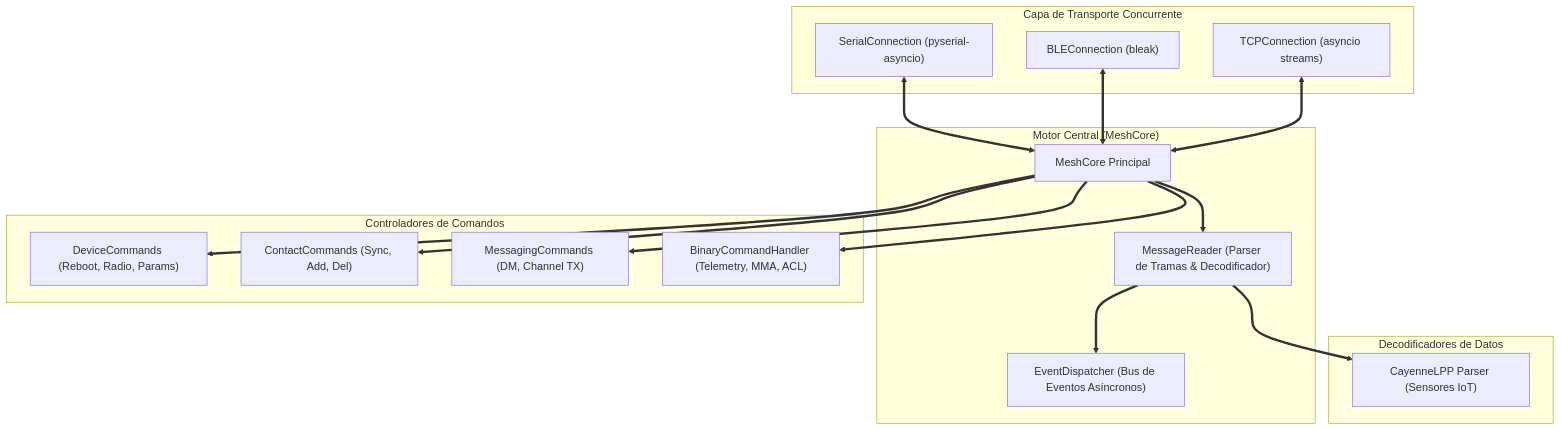
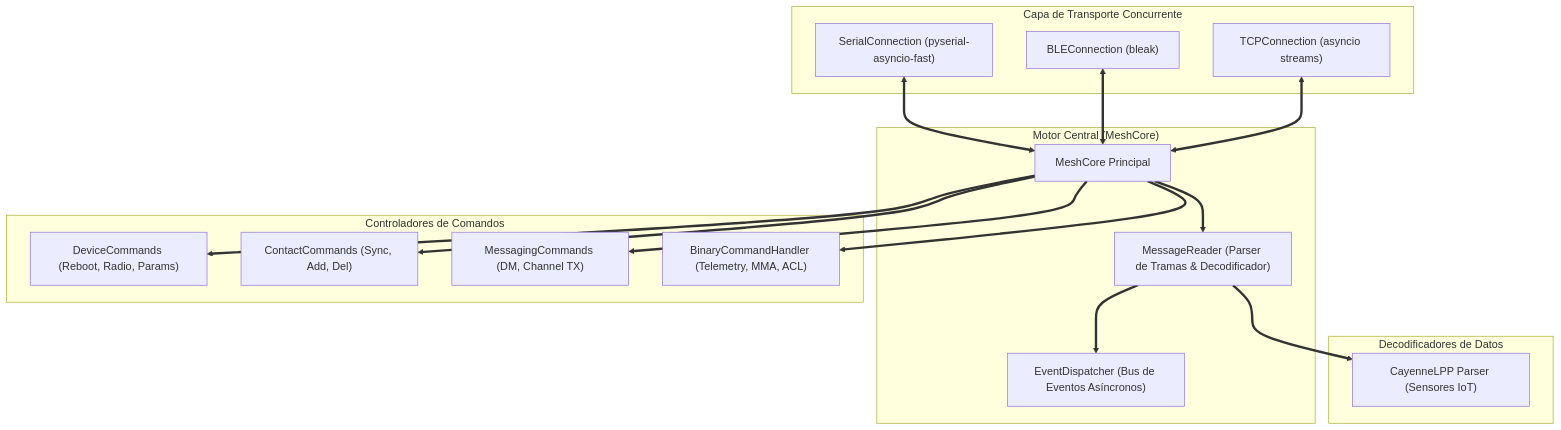
Before and after one commit to cyber89/meshcore-bridge-client: the diagram in docs/reference_analysis/02_PYTHON_SDK.md, drawn with Mermaid. The commit also changed other lines of this file and 19 other files, not shown here.

````diff
--- a/docs/reference_analysis/02_PYTHON_SDK.md
+++ b/docs/reference_analysis/02_PYTHON_SDK.md
@@ -14,36 +14,36 @@
 ```mermaid
 flowchart TB
     subgraph TransportLayer["Capa de Transporte Concurrente"]
-        SER_CX["SerialConnection (pyserial-asyncio)"]
+        SER_CX["SerialConnection (pyserial-asyncio-fast)"]
         BLE_CX["BLEConnection (bleak)"]
         TCP_CX["TCPConnection (asyncio streams)"]
     end
 
     subgraph CoreEngine["Motor Central (MeshCore)"]
         MC["MeshCore Principal"]
         READER["MessageReader (Parser de Tramas & Decodificador)"]
         DISPATCHER["EventDispatcher (Bus de Eventos Asíncronos)"]
     end
 
     subgraph CommandHandlers["Controladores de Comandos"]
         DEV_CMD["DeviceCommands (Reboot, Radio, Params)"]
         CONT_CMD["ContactCommands (Sync, Add, Del)"]
         MSG_CMD["MessagingCommands (DM, Channel TX)"]
         BIN_CMD["BinaryCommandHandler (Telemetry, MMA, ACL)"]
     end
 
     subgraph SensorParsers["Decodificadores de Datos"]
         LPP["CayenneLPP Parser (Sensores IoT)"]
     end
 
     SER_CX <==> MC
     BLE_CX <==> MC
     TCP_CX <==> MC
 
     MC ==> READER ==> DISPATCHER
     MC ==> DEV_CMD
     MC ==> CONT_CMD
     MC ==> MSG_CMD
     MC ==> BIN_CMD
     READER ==> LPP
 ```
````
